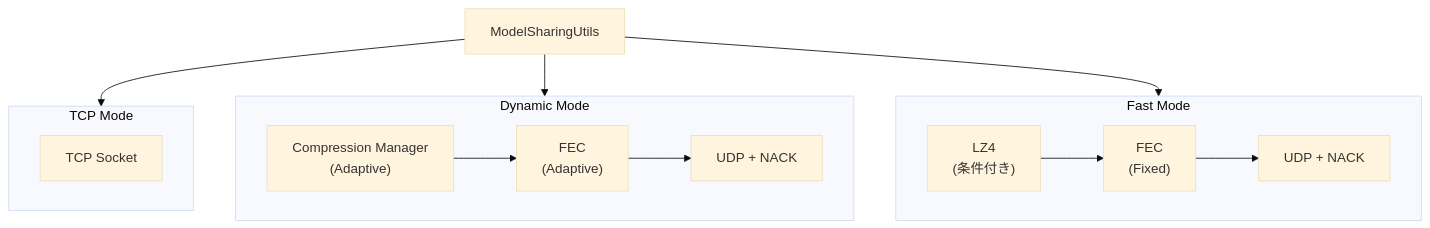
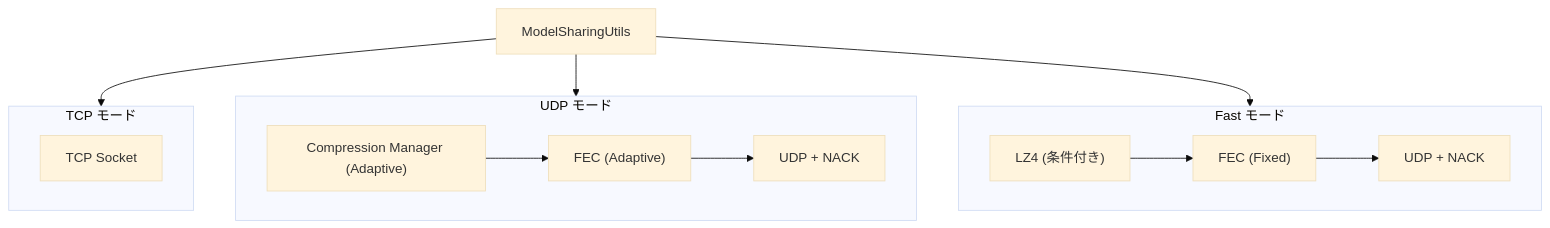
Before and after one commit to jo2lxq/wafl: the fourth of 7 diagrams in WAFL-Testbed/docs/architecture.md, drawn with Mermaid (base theme). The commit also changed other lines of this file and 19 other files, not shown here.

````diff
--- a/WAFL-Testbed/docs/architecture.md
+++ b/WAFL-Testbed/docs/architecture.md
@@ -189,26 +190,26 @@
 ```mermaid
 flowchart TB
     MSU["ModelSharingUtils"]
     
-    MSU --> TCP["TCP Mode"]
-    MSU --> Dynamic["Dynamic Mode"]
-    MSU --> Fast["Fast Mode"]
+    MSU --> TCP["TCP モード"]
+    MSU --> UDP["UDP モード"]
+    MSU --> Fast["Fast モード"]
     
-    subgraph TCP["TCP Mode"]
+    subgraph TCP["TCP モード"]
         tcp_socket["TCP Socket"]
     end
     
-    subgraph Dynamic["Dynamic Mode"]
-        comp_mgr["Compression Manager<br/>(Adaptive)"]
-        fec_adaptive["FEC<br/>(Adaptive)"]
+    subgraph UDP["UDP モード"]
+        comp_mgr["Compression Manager (Adaptive)"]
+        fec_adaptive["FEC (Adaptive)"]
         udp_nack["UDP + NACK"]
         comp_mgr --> fec_adaptive --> udp_nack
     end
     
-    subgraph Fast["Fast Mode"]
-        lz4["LZ4<br/>(条件付き)"]
-        fec_fixed["FEC<br/>(Fixed)"]
+    subgraph Fast["Fast モード"]
+        lz4["LZ4 (条件付き)"]
+        fec_fixed["FEC (Fixed)"]
         udp_nack2["UDP + NACK"]
         lz4 --> fec_fixed --> udp_nack2
     end
 ```
````
